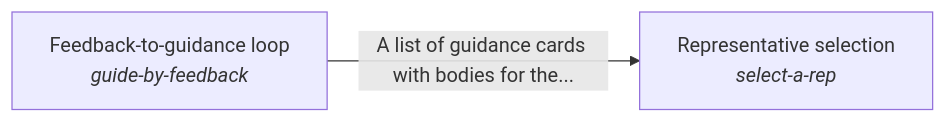
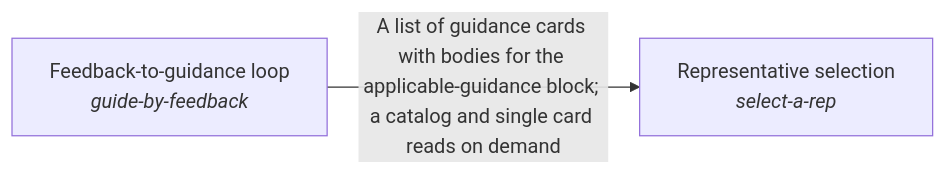
One commit to SpiritualData/quest-ai-runner changed the diagram in quest_ai_runner/hold_the_intents/README.md. Above: the diagram before and after it, drawn with Mermaid. The commit also changed other lines of this file and 91 other files, not shown here.

First line of the commit message:
Docs follow the restructured hub: module paths, ids, generated tables, READMEs and diagrams regenerated

````diff
--- a/quest_ai_runner/hold_the_intents/README.md
+++ b/quest_ai_runner/hold_the_intents/README.md
@@ -17,6 +17,6 @@
 ```mermaid
 flowchart LR
     s0["Feedback-to-guidance loop<br/><i>guide-by-feedback</i>"]
     s1["Representative selection<br/><i>select-a-rep</i>"]
-    s0 -->|"A list of guidance cards with bodies for the..."| s1
+    s0 -->|"A list of guidance cards with bodies for the applicable-guidance block; a catalog and single card reads on demand"| s1
 ```
````
